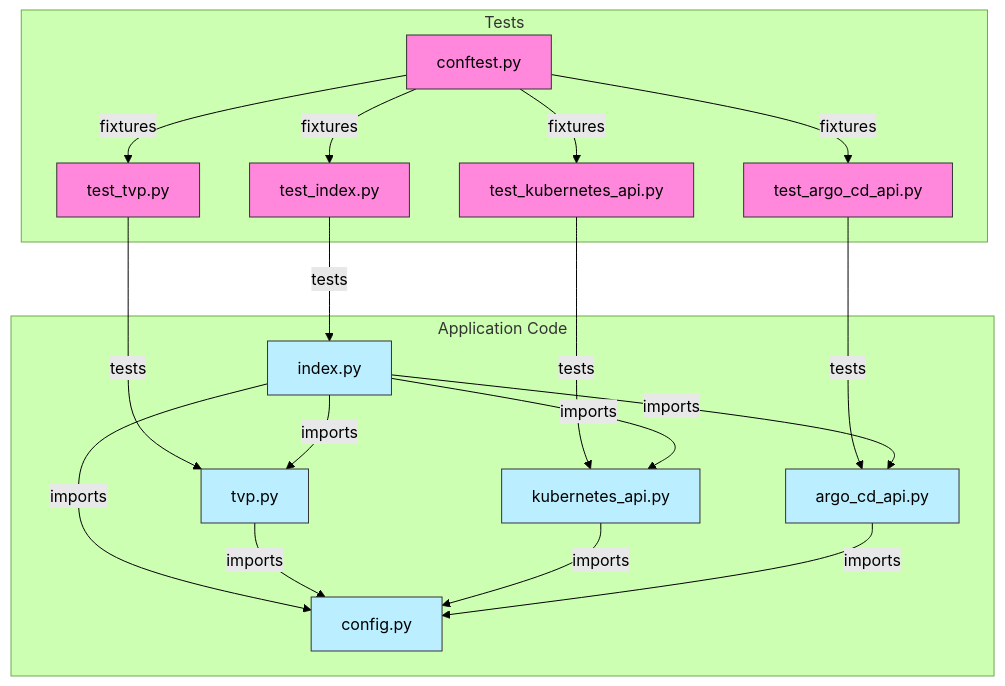
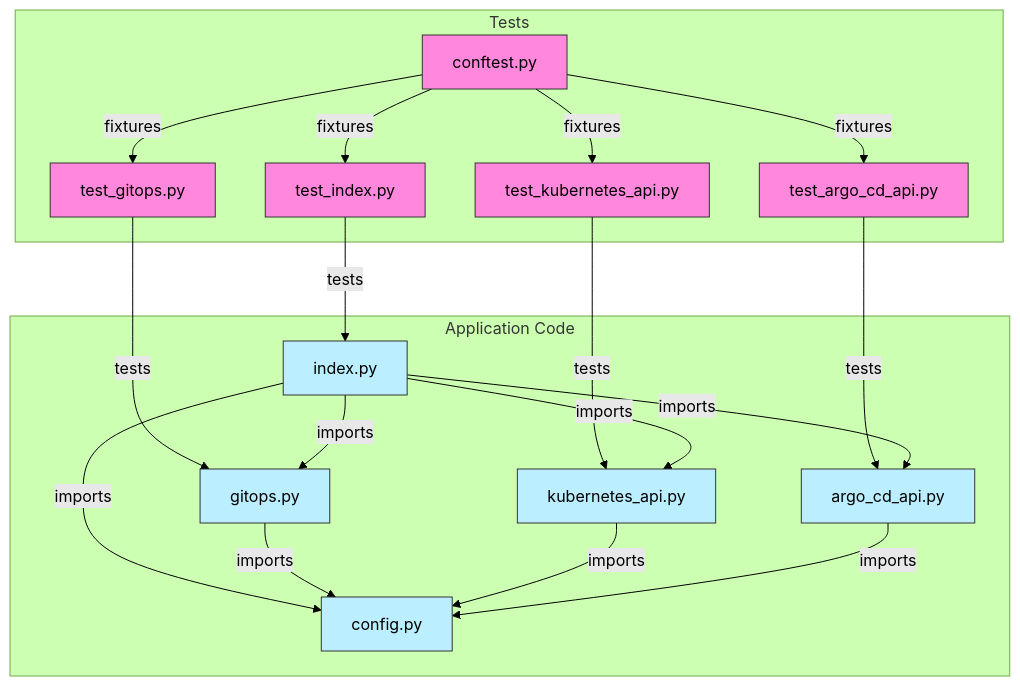
One commit to lloydchang/tvp-k8s changed diagram 11 of 11 in README.md. Above: the diagram before and after it, drawn with Mermaid (forest theme). The commit also changed other lines of this file and 15 other files, not shown here.

````diff
--- a/README.md
+++ b/README.md
@@ -916,43 +916,43 @@
 ```mermaid
 flowchart TD
     subgraph Tests
         conftest[conftest.py]
         test_index[test_index.py]
-        test_tvp[test_tvp.py]
+        test_gitops[test_gitops.py]
         test_kubernetes[test_kubernetes_api.py]
         test_argo[test_argo_cd_api.py]
     end
 
     subgraph "Application Code"
         main[index.py]
-        tvp[tvp.py]
+        gitops[gitops.py]
         kubernetes[kubernetes_api.py]
         argo[argo_cd_api.py]
         config[config.py]
     end
 
     conftest --> |fixtures| test_index
-    conftest --> |fixtures| test_tvp
+    conftest --> |fixtures| test_gitops
     conftest --> |fixtures| test_kubernetes
     conftest --> |fixtures| test_argo
 
     test_index --> |tests| main
-    test_tvp --> |tests| tvp
+    test_gitops --> |tests| gitops
     test_kubernetes --> |tests| kubernetes
     test_argo --> |tests| argo
 
-    main --> |imports| tvp
+    main --> |imports| gitops
     main --> |imports| kubernetes
     main --> |imports| argo
     main --> |imports| config
 
-    tvp --> |imports| config
+    gitops --> |imports| config
     kubernetes --> |imports| config
     argo --> |imports| config
 
     classDef testFile fill:#f8d,stroke:#333,stroke-width:1px
     classDef appFile fill:#bef,stroke:#333,stroke-width:1px
     
-    class conftest,test_index,test_tvp,test_kubernetes,test_argo testFile
-    class main,tvp,kubernetes,argo,config appFile
+    class conftest,test_index,test_gitops,test_kubernetes,test_argo testFile
+    class main,gitops,kubernetes,argo,config appFile
 ```
````
